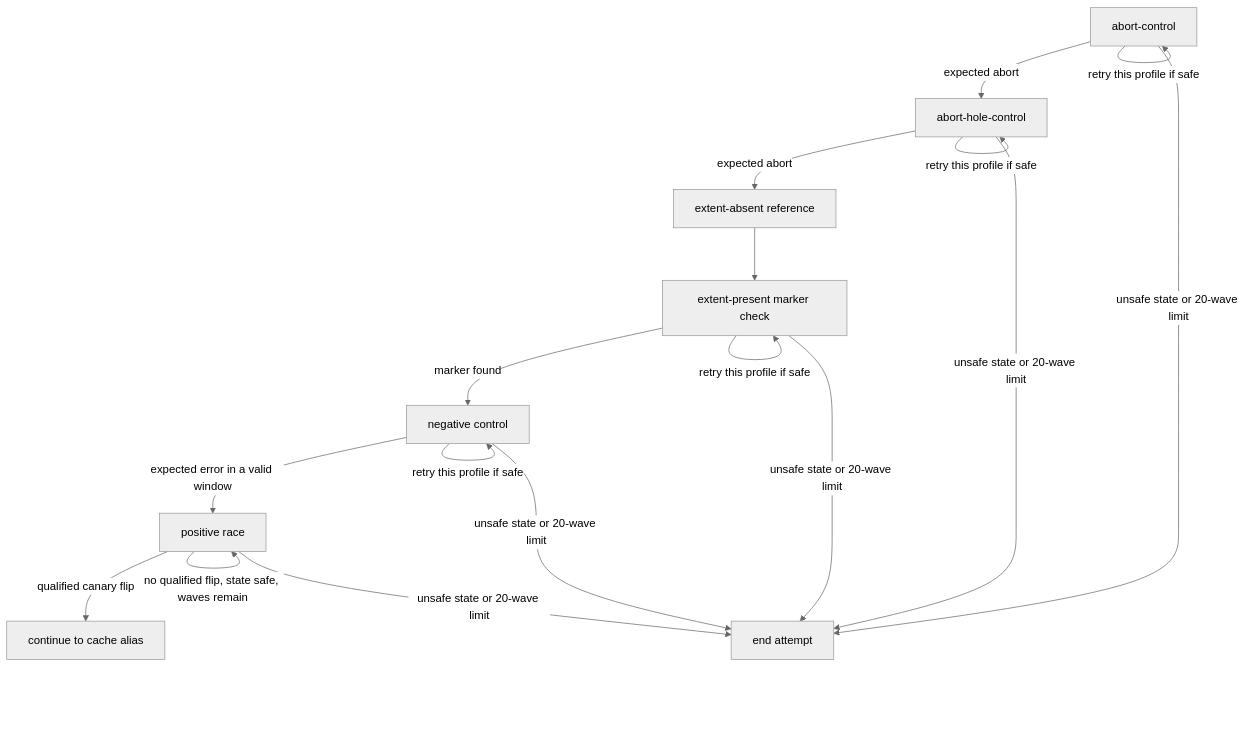
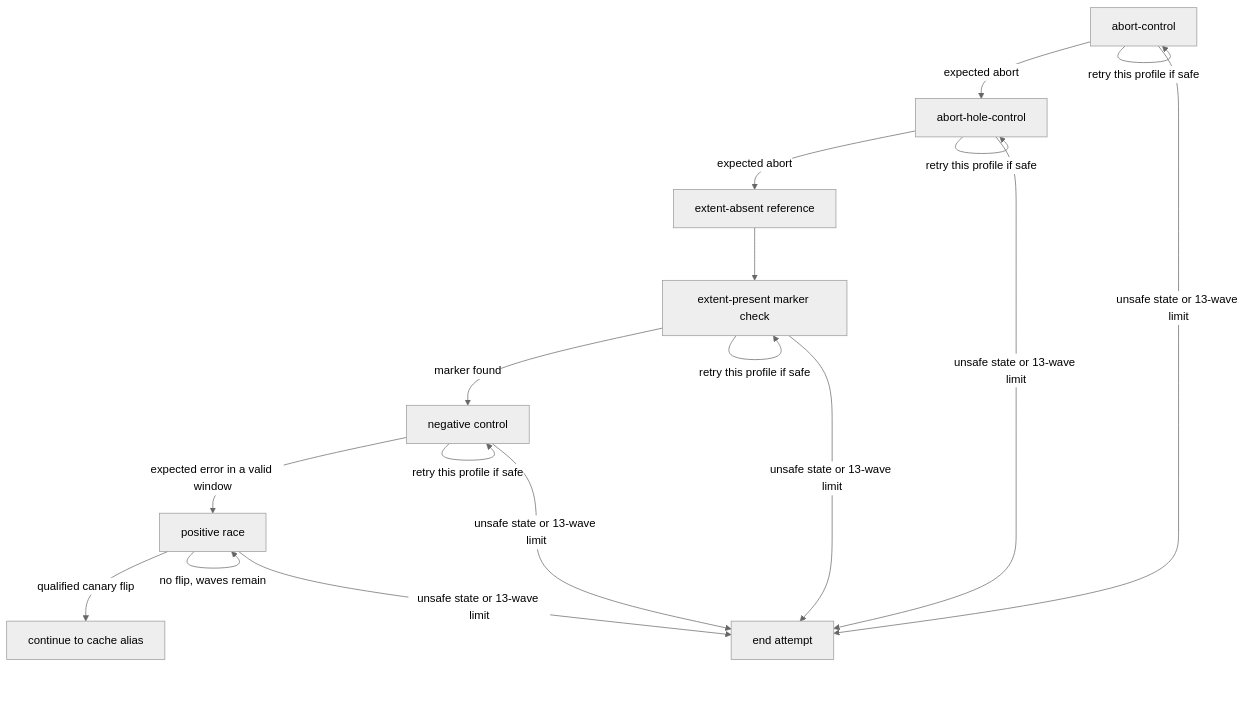
The third of 6 diagrams in HOW_IT_WORKS.md (BrayDog2010/CivSwitchFS-kaiHEN), drawn with Mermaid (neutral theme) before and after one commit. The commit also changed other lines of this file and 13 other files, not shown here.

````diff
--- a/HOW_IT_WORKS.md
+++ b/HOW_IT_WORKS.md
@@ -212,19 +216,19 @@
 ```mermaid
 flowchart TD
     A[abort-control] -->|expected abort| B[abort-hole-control]
     A -->|retry this profile if safe| A
     B -->|expected abort| C[extent-absent reference]
     B -->|retry this profile if safe| B
     C --> D[extent-present marker check]
     D -->|marker found| E[negative control]
     D -->|retry this profile if safe| D
     E -->|expected error in a valid window| F[positive race]
     E -->|retry this profile if safe| E
     F -->|qualified canary flip| G[continue to cache alias]
-    F -->|no qualified flip, state safe, waves remain| F
-    A -->|unsafe state or 20-wave limit| X[end attempt]
-    B -->|unsafe state or 20-wave limit| X
-    D -->|unsafe state or 20-wave limit| X
-    E -->|unsafe state or 20-wave limit| X
-    F -->|unsafe state or 20-wave limit| X
+    F -->|no flip, waves remain| F
+    A -->|unsafe state or 13-wave limit| X[end attempt]
+    B -->|unsafe state or 13-wave limit| X
+    D -->|unsafe state or 13-wave limit| X
+    E -->|unsafe state or 13-wave limit| X
+    F -->|unsafe state or 13-wave limit| X
 ```
````
